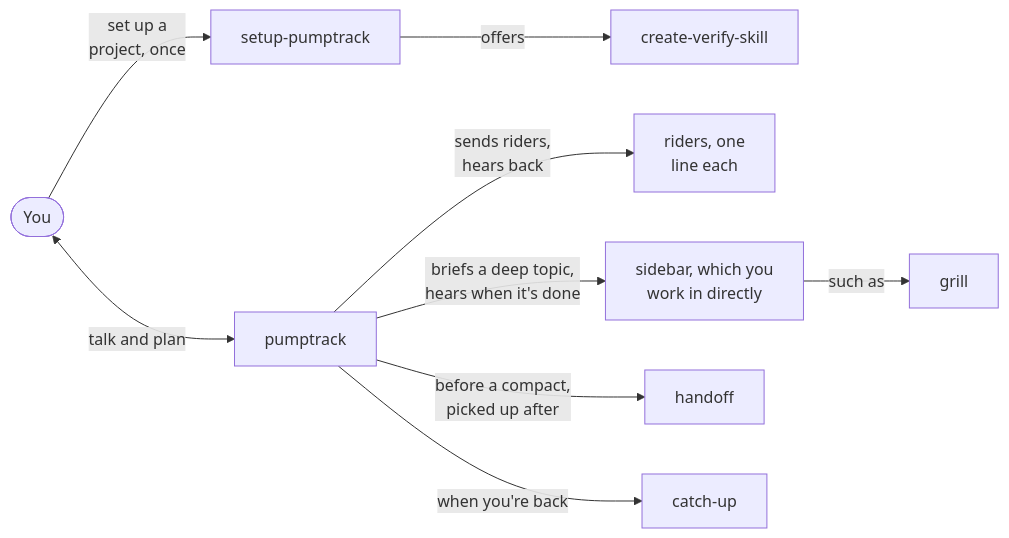
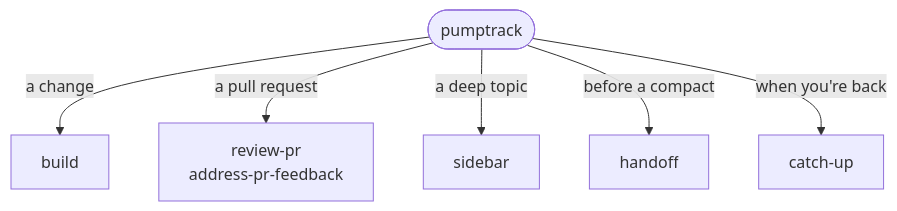
One commit to brandonbews/pumptrack changed the first of 3 diagrams in README.md. Above: the diagram before and after it, drawn with Mermaid. The commit also changed other lines of this file, not shown here.

Commit message:
README redesigned for a fast read: three small diagrams, setup drawn on its own, and the skills in five short tables

````diff
--- a/README.md
+++ b/README.md
@@ -15,10 +13,9 @@
 ```mermaid
-flowchart LR
-  you(["You"]) <-->|"talk and plan"| pt["pumptrack"]
-  you -->|"set up a<br/>project, once"| setup["setup-pumptrack"] -->|"offers"| verify["create-verify-skill"]
-  pt -->|"sends riders,<br/>hears back"| riders["riders, one<br/>line each"]
-  pt -->|"briefs a deep topic,<br/>hears when it's done"| sidebar["sidebar, which you<br/>work in directly"]
-  sidebar -->|"such as"| grill["grill"]
-  pt -->|"before a compact,<br/>picked up after"| handoff["handoff"]
+flowchart TD
+  pt(["pumptrack"])
+  pt -->|"a change"| build["build"]
+  pt -->|"a pull request"| pr["review-pr<br/>address-pr-feedback"]
+  pt -->|"a deep topic"| sidebar["sidebar"]
+  pt -->|"before a compact"| handoff["handoff"]
   pt -->|"when you're back"| catchup["catch-up"]
 ```
````
